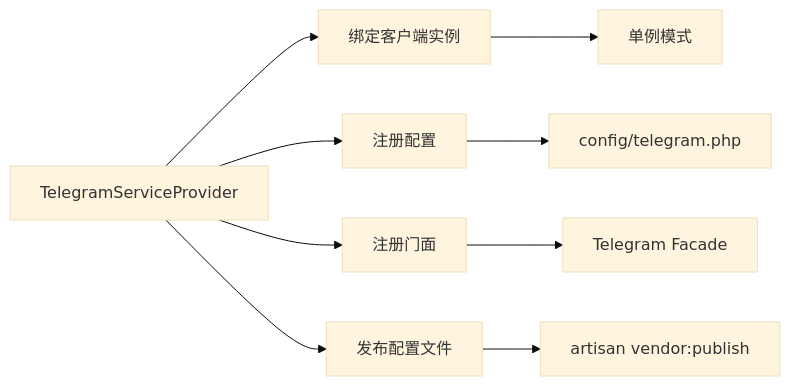
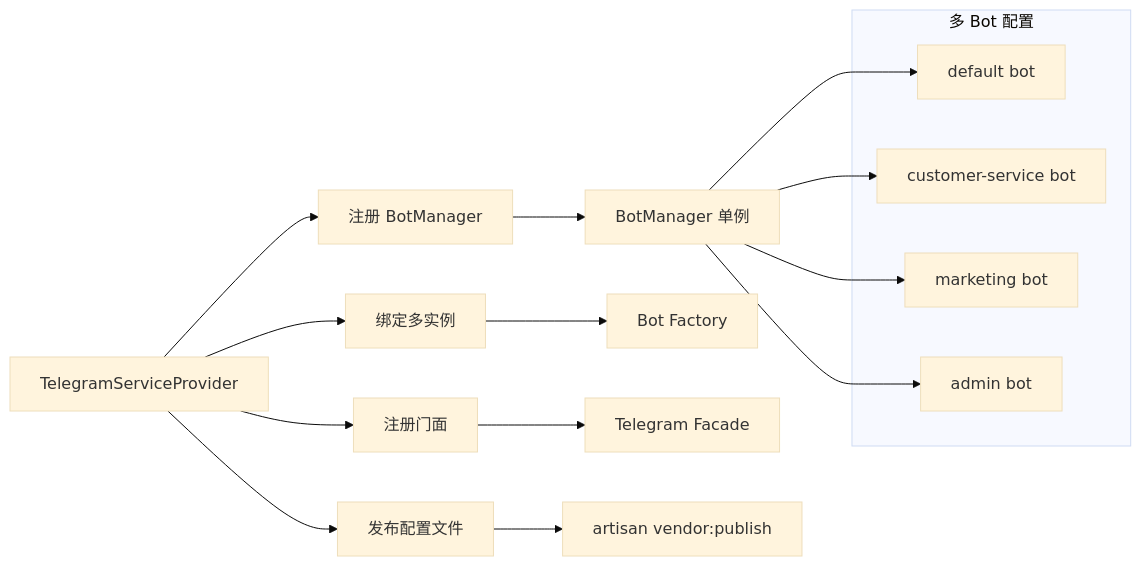
The ninth of 15 diagrams in .qoder/quests/telegram-bot-sdk.md (xbot-my/telegram-sdk), drawn with Mermaid (base theme) before and after one commit. The commit also changed other lines of this file and 1 other file, not shown here.

````diff
--- a/.qoder/quests/telegram-bot-sdk.md
+++ b/.qoder/quests/telegram-bot-sdk.md
@@ -243,12 +358,24 @@
 ```mermaid
 graph LR
-    A[TelegramServiceProvider] --> B[绑定客户端实例]
-    A --> C[注册配置]
+    A[TelegramServiceProvider] --> B[注册 BotManager]
+    A --> C[绑定多实例]
     A --> D[注册门面]
     A --> E[发布配置文件]
     
-    B --> F[单例模式]
-    C --> G[config/telegram.php]
+    B --> F[BotManager 单例]
+    C --> G[Bot Factory]
     D --> H[Telegram Facade]
     E --> I[artisan vendor:publish]
+    
+    subgraph "多 Bot 配置"
+        J[default bot]
+        K[customer-service bot]
+        L[marketing bot]
+        M[admin bot]
+    end
+    
+    F --> J
+    F --> K
+    F --> L
+    F --> M
 ```
````
